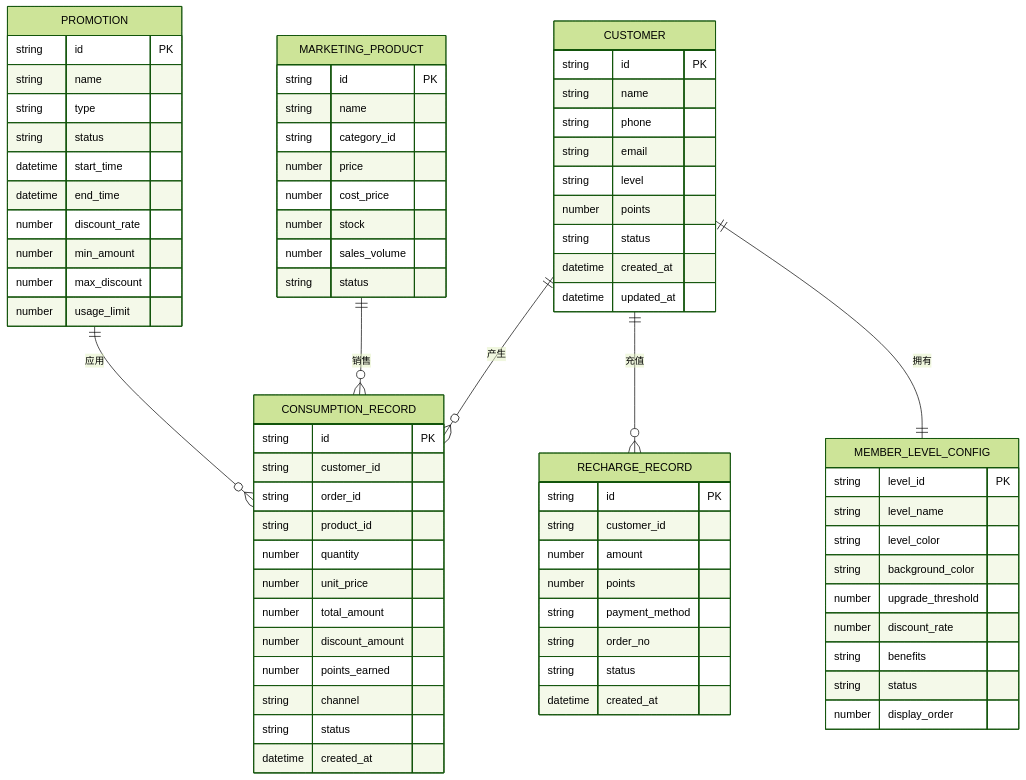
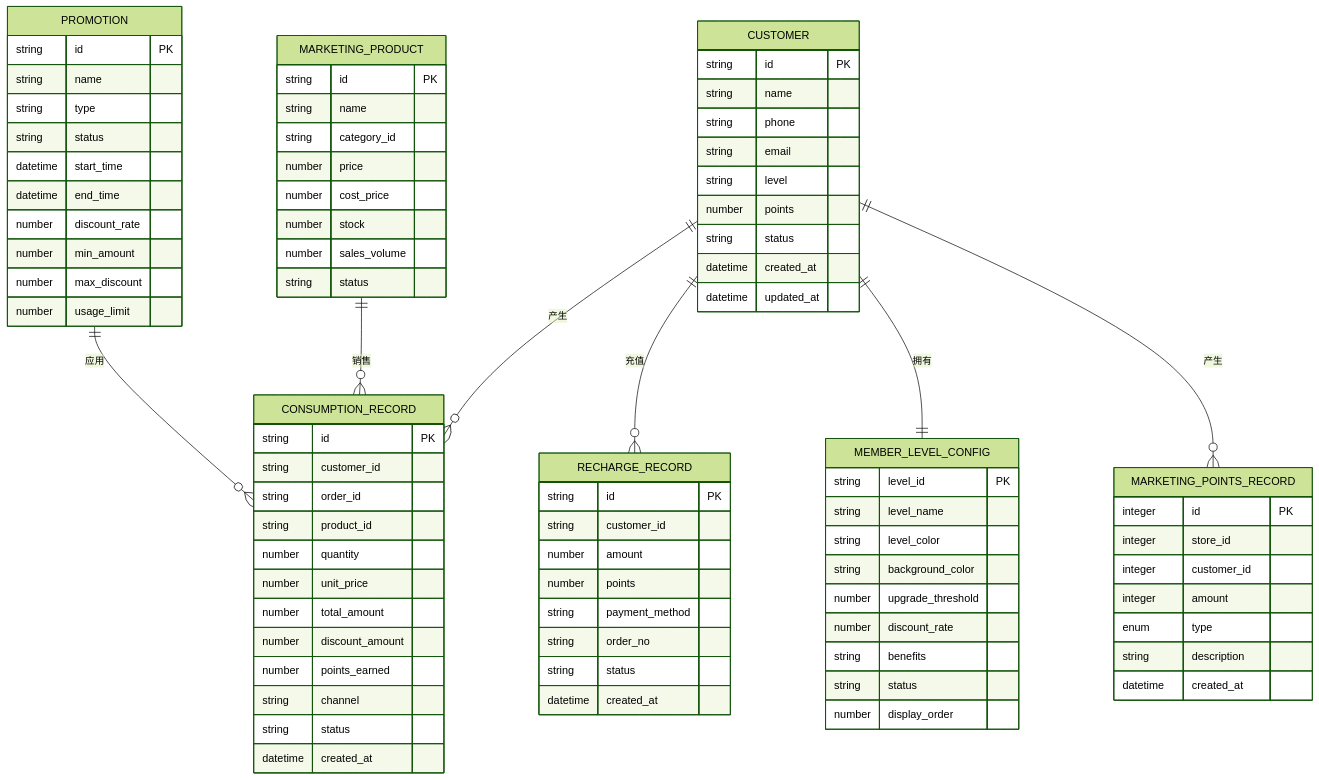
Before and after one commit to rc558620/purelyprofit-server: diagram 32 of 32 in .qoder/repowiki/zh/content/业务模块/营销推广模块/营销推广模块.md, drawn with Mermaid (forest theme). The commit also changed other lines of this file and 16 other files, not shown here.

````diff
--- a/.qoder/repowiki/zh/content/业务模块/营销推广模块/营销推广模块.md
+++ b/.qoder/repowiki/zh/content/业务模块/营销推广模块/营销推广模块.md
@@ -1194,9 +1426,19 @@
 string status
 number display_order
 }
+MARKETING_POINTS_RECORD {
+integer id PK
+integer store_id
+integer customer_id
+integer amount
+enum type
+string description
+datetime created_at
+}
 CUSTOMER ||--o{ CONSUMPTION_RECORD : "产生"
 PROMOTION ||--o{ CONSUMPTION_RECORD : "应用"
 MARKETING_PRODUCT ||--o{ CONSUMPTION_RECORD : "销售"
 CUSTOMER ||--o{ RECHARGE_RECORD : "充值"
 CUSTOMER ||--|| MEMBER_LEVEL_CONFIG : "拥有"
+CUSTOMER ||--o{ MARKETING_POINTS_RECORD : "产生"
 ```
````
